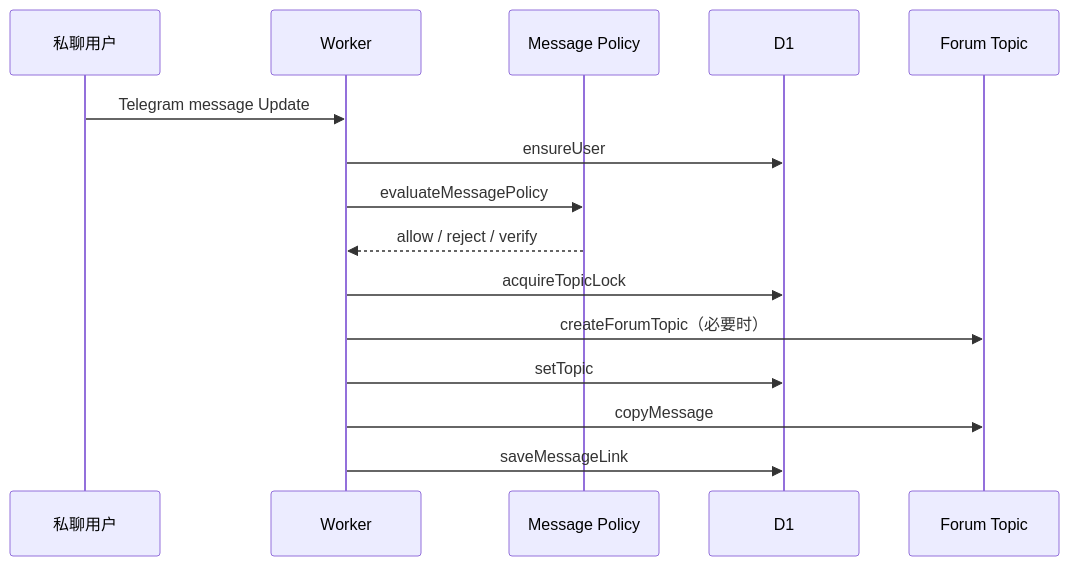
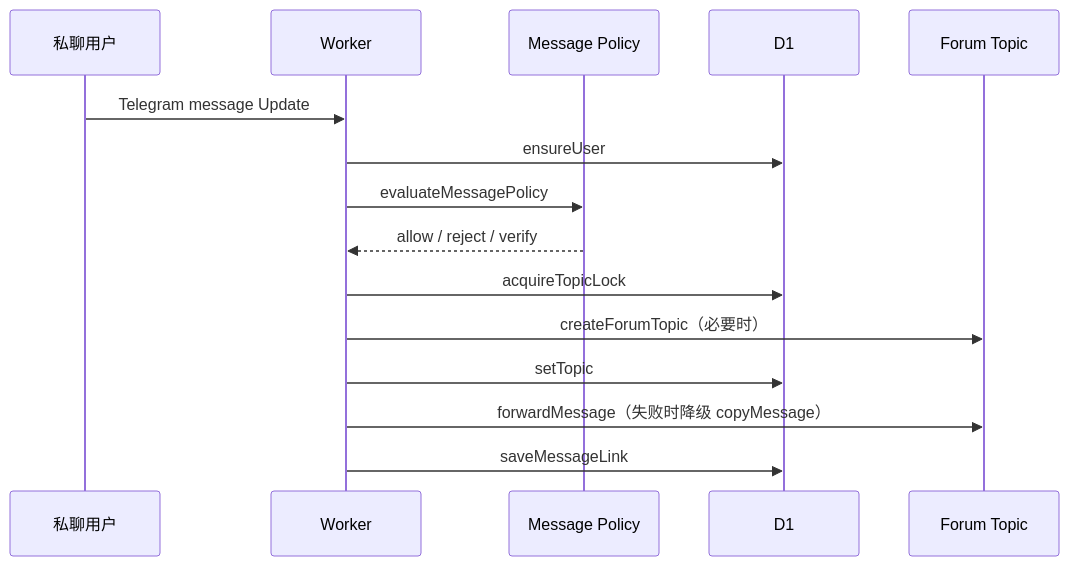
The second of 2 diagrams in docs/architecture.md (AdjieC/telegram-private-chat-gateway), drawn with Mermaid before and after one commit. The commit also changed other lines of this file and 6 other files, not shown here.

````diff
--- a/docs/architecture.md
+++ b/docs/architecture.md
@@ -113,18 +114,18 @@
 ```mermaid
 sequenceDiagram
     participant User as 私聊用户
     participant Worker as Worker
     participant Policy as Message Policy
     participant D1 as D1
     participant Group as Forum Topic
 
     User->>Worker: Telegram message Update
     Worker->>D1: ensureUser
     Worker->>Policy: evaluateMessagePolicy
     Policy-->>Worker: allow / reject / verify
     Worker->>D1: acquireTopicLock
     Worker->>Group: createForumTopic（必要时）
     Worker->>D1: setTopic
-    Worker->>Group: copyMessage
+    Worker->>Group: forwardMessage（失败时降级 copyMessage）
     Worker->>D1: saveMessageLink
 ```
````
